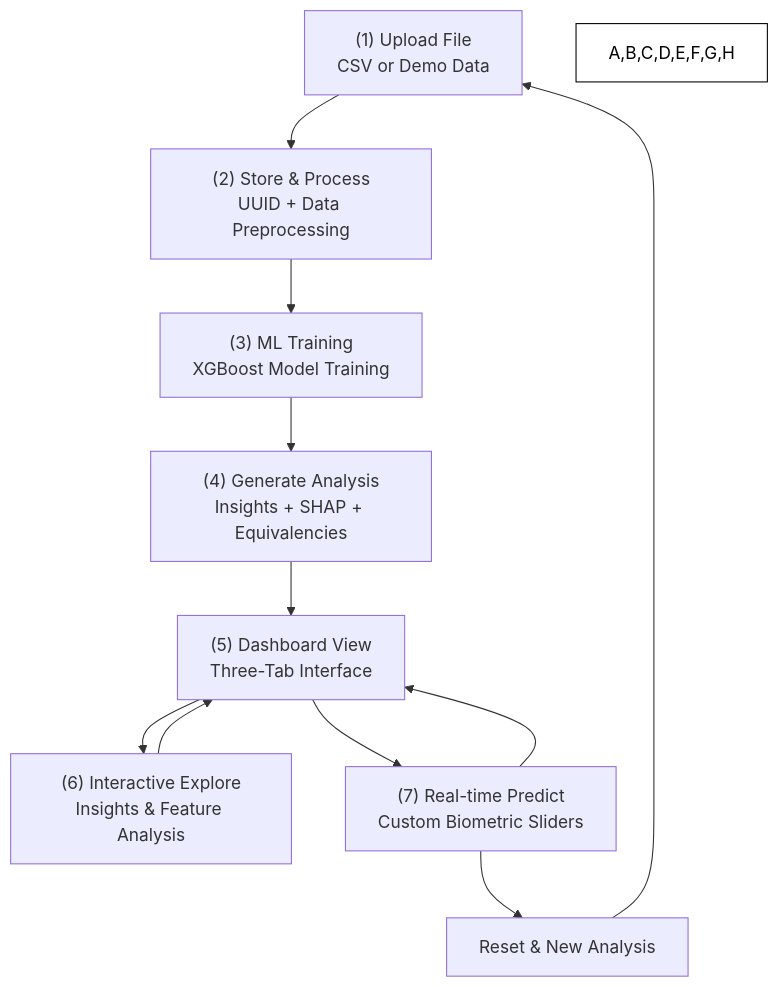
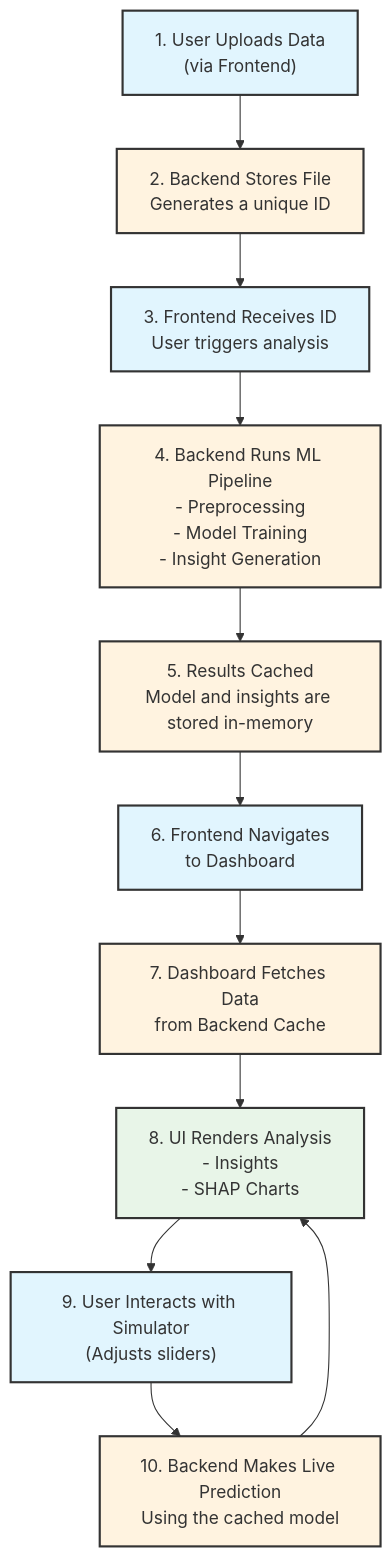
One commit to elliotrosen20/whoop-extended changed the diagram in documentation/simplified_flow_diagram.md. Above: the diagram before and after it, drawn with Mermaid. The commit also changed other lines of this file, not shown here.

Commit message:
Update simplified flow diagram

````diff
--- a/documentation/simplified_flow_diagram.md
+++ b/documentation/simplified_flow_diagram.md
@@ -5,24 +5,26 @@
 ```mermaid
 graph TD
-    A["(1) Upload File<br/>CSV or Demo Data"];
-    B["(2) Store & Process<br/>UUID + Data Preprocessing"];
-    C["(3) ML Training<br/>XGBoost Model Training"];
-    D["(4) Generate Analysis<br/>Insights + SHAP + Equivalencies"];
-    E["(5) Dashboard View<br/>Three-Tab Interface"];
-    F["(6) Interactive Explore<br/>Insights & Feature Analysis"];
-    G["(7) Real-time Predict<br/>Custom Biometric Sliders"];
-    H["Reset & New Analysis"];
+    A["1. User Uploads Data<br/>(via Frontend)"] --> B["2. Backend Stores File<br/>Generates a unique ID"]
+    B --> C["3. Frontend Receives ID<br/>User triggers analysis"]
+    C --> D["4. Backend Runs ML Pipeline<br/>- Preprocessing<br/>- Model Training<br/>- Insight Generation"]
+    D --> E["5. Results Cached<br/>Model and insights are stored in-memory"]
+    E --> F["6. Frontend Navigates<br/>to Dashboard"]
+    F --> G["7. Dashboard Fetches Data<br/>from Backend Cache"]
+    G --> H["8. UI Renders Analysis<br/>- Insights<br/>- SHAP Charts"]
+    H --> I["9. User Interacts with Simulator<br/>(Adjusts sliders)"]
+    I --> J["10. Backend Makes Live Prediction<br/>Using the cached model"]
+    J --> H
 
-    A --> B;
-    B --> C;
-    C --> D;
-    D --> E;
-    E --> F;
-    E --> G;
-    F --> E;
-    G --> E;
-    G --> H;
-    H --> A;
-    
-    style A,B,C,D,E,F,G,H fill:#ffffff,stroke:#000000,color:#000000
+    %% Styling to differentiate Frontend and Backend steps
+    style A fill:#e1f5fe,stroke:#333,stroke-width:2px
+    style C fill:#e1f5fe,stroke:#333,stroke-width:2px
+    style F fill:#e1f5fe,stroke:#333,stroke-width:2px
+    style H fill:#e8f5e8,stroke:#333,stroke-width:2px
+    style I fill:#e1f5fe,stroke:#333,stroke-width:2px
+
+    style B fill:#fff3e0,stroke:#333,stroke-width:2px
+    style D fill:#fff3e0,stroke:#333,stroke-width:2px
+    style E fill:#fff3e0,stroke:#333,stroke-width:2px
+    style G fill:#fff3e0,stroke:#333,stroke-width:2px
+    style J fill:#fff3e0,stroke:#333,stroke-width:2px
 ```
````
